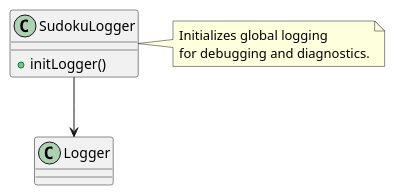
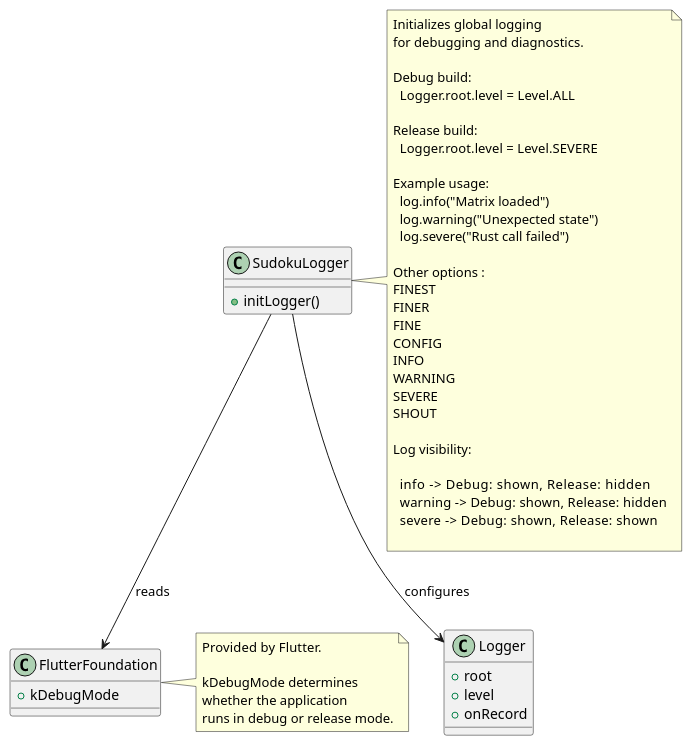
One commit to MirkoThulke/Dart_Flutter_Sudoku changed the diagram in lib/utils/sudoku_logging.puml. Above: the diagram before and after it, drawn with PlantUML. The commit also changed 5 other files, not shown here.

```diff
--- a/lib/utils/sudoku_logging.puml
+++ b/lib/utils/sudoku_logging.puml
@@ -1,16 +1,61 @@
 @startuml
 
 class SudokuLogger {
   +initLogger()
 }
 
-class Logger
+class Logger {
+  +root
+  +level
+  +onRecord
+}
 
-SudokuLogger --> Logger
+class FlutterFoundation {
+  +kDebugMode
+}
+
+SudokuLogger --> Logger : configures
+SudokuLogger --> FlutterFoundation : reads
 
 note right of SudokuLogger
 Initializes global logging
 for debugging and diagnostics.
+
+Debug build:
+  Logger.root.level = Level.ALL
+
+Release build:
+  Logger.root.level = Level.SEVERE
+
+Example usage:
+  log.info("Matrix loaded")
+  log.warning("Unexpected state")
+  log.severe("Rust call failed")
+
+Other options : 
+FINEST
+FINER
+FINE
+CONFIG
+INFO
+WARNING
+SEVERE
+SHOUT
+
+Log visibility:
+
+  info    -> Debug: shown,   Release: hidden
+  warning -> Debug: shown,   Release: hidden
+  severe  -> Debug: shown,   Release: shown
+
+end note
+
+note right of FlutterFoundation
+Provided by Flutter.
+
+kDebugMode determines
+whether the application
+runs in debug or release mode.
 end note
 
 @enduml
```
